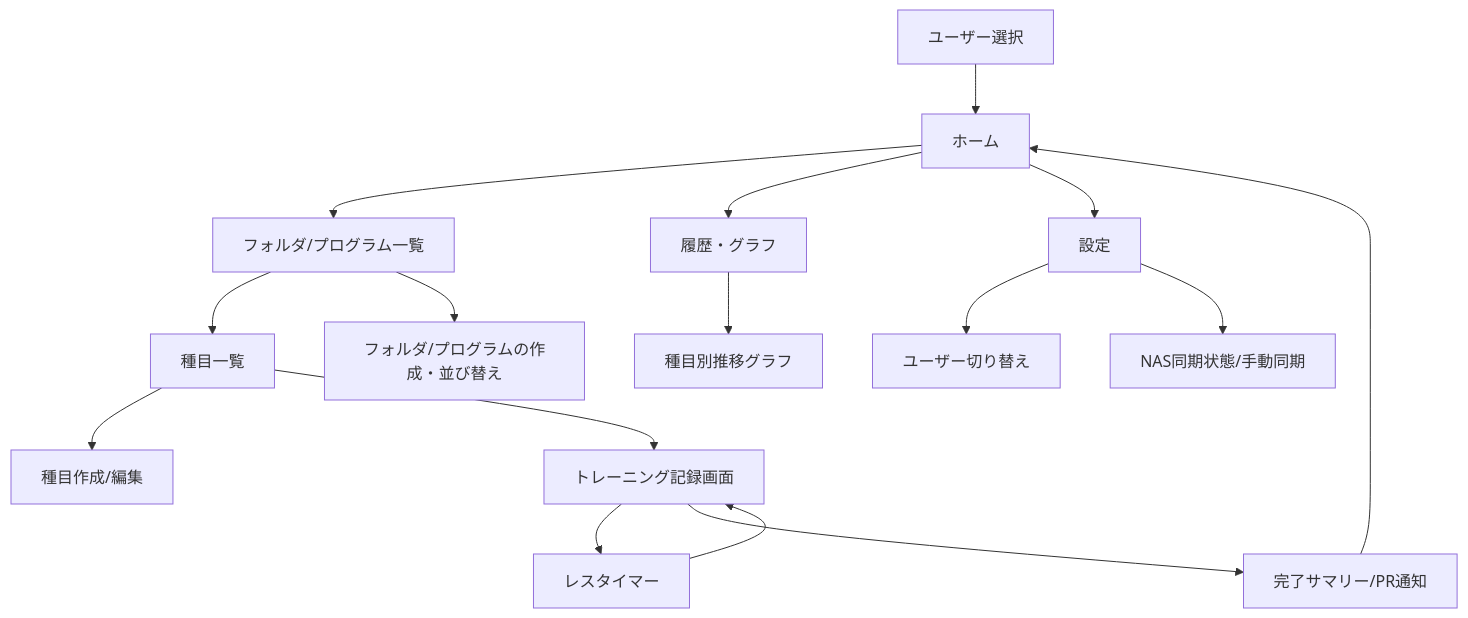
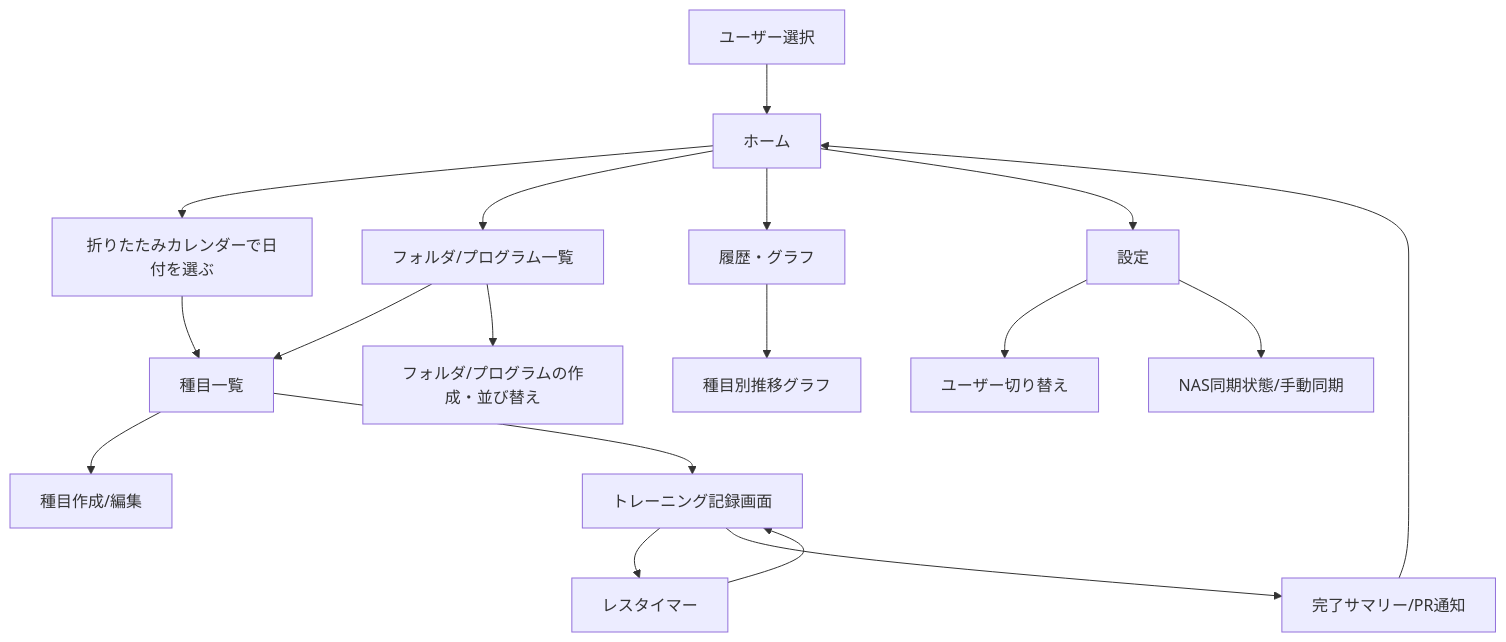
One commit to SoichiTaniguchi/work-out-app changed the first of 2 diagrams in docs/spec.md. Above: the diagram before and after it, drawn with Mermaid. The commit also changed other lines of this file and 11 other files, not shown here.

````diff
--- a/docs/spec.md
+++ b/docs/spec.md
@@ -90,22 +107,24 @@
 ```mermaid
 flowchart TD
   Login[ユーザー選択] --> Home[ホーム]
+  Home --> Calendar[折りたたみカレンダーで日付を選ぶ]
+  Calendar --> ExList
   Home --> ProgList[フォルダ/プログラム一覧]
   Home --> History[履歴・グラフ]
   Home --> Settings[設定]
 
   ProgList --> ExList[種目一覧]
   ExList --> ExEdit[種目作成/編集]
   ExList --> Record[トレーニング記録画面]
 
   Record --> RestTimer[レスタイマー]
   RestTimer --> Record
   Record --> Summary[完了サマリー/PR通知]
   Summary --> Home
 
   History --> ExHistory[種目別推移グラフ]
 
   Settings --> UserSwitch[ユーザー切り替え]
   Settings --> SyncStatus[NAS同期状態/手動同期]
   ProgList --> ProgEdit[フォルダ/プログラムの作成・並び替え]
 ```
````
